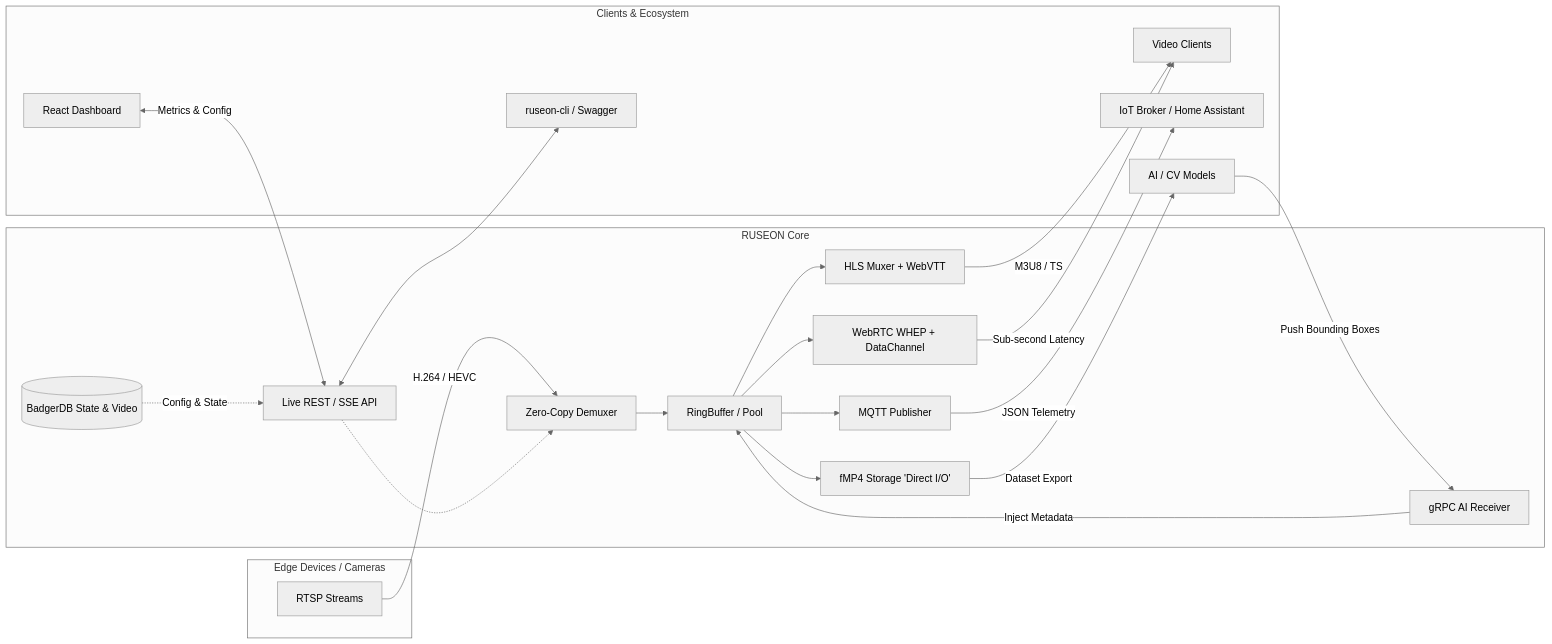
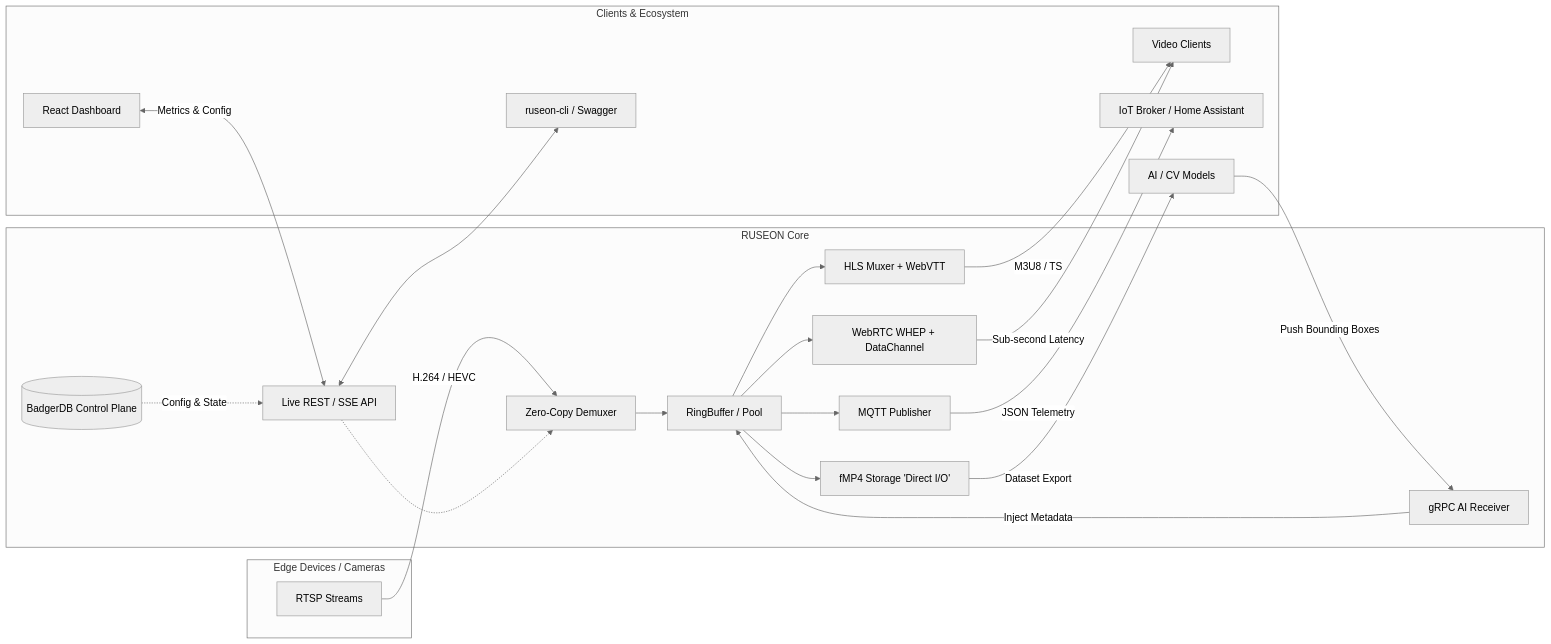
The diagram in README.md (RUSEGAL/ruseon-core), drawn with Mermaid (neutral theme) before and after one commit. The commit also changed other lines of this file and 3 other files, not shown here.

````diff
--- a/README.md
+++ b/README.md
@@ -65,54 +65,54 @@
 ```mermaid
 graph LR
   subgraph Edge [Edge Devices / Cameras]
     Cam[RTSP Streams]
   end
 
   subgraph Engine [RUSEON Core]
     API[Live REST / SSE API]
     gRPC[gRPC AI Receiver]
     Demux[Zero-Copy Demuxer]
     Pool[RingBuffer / Pool]
     HLS[HLS Muxer + WebVTT]
     RTC[WebRTC WHEP + DataChannel]
     Rec[fMP4 Storage 'Direct I/O']
     MQTT[MQTT Publisher]
-    DB[(BadgerDB State & Video)]
+    DB[(BadgerDB Control Plane)]
   end
 
   subgraph Clients [Clients & Ecosystem]
     Dashboard[React Dashboard]
     CLI[ruseon-cli / Swagger]
     Player[Video Clients]
     IoT[IoT Broker / Home Assistant]
     AI[AI / CV Models]
   end
 
   %% Ingest Pipeline
   Cam -->|H.264 / HEVC| Demux
   Demux --> Pool
   
   %% Delivery Pipeline
   Pool --> HLS
   Pool --> RTC
   Pool --> Rec
   Pool --> MQTT
   
   %% State Management
   DB -.->|Config & State| API
   API -.-> Demux
   API <--> CLI
   
   %% AI Metadata Loop
   AI -->|Push Bounding Boxes| gRPC
   gRPC -->|Inject Metadata| Pool
   
   %% Outputs
   HLS -->|M3U8 / TS| Player
   RTC -->|Sub-second Latency| Player
   Rec -->|Dataset Export| AI
   MQTT -->|JSON Telemetry| IoT
   
   %% Observability
   Dashboard <-->|Metrics & Config| API
 ```
````
